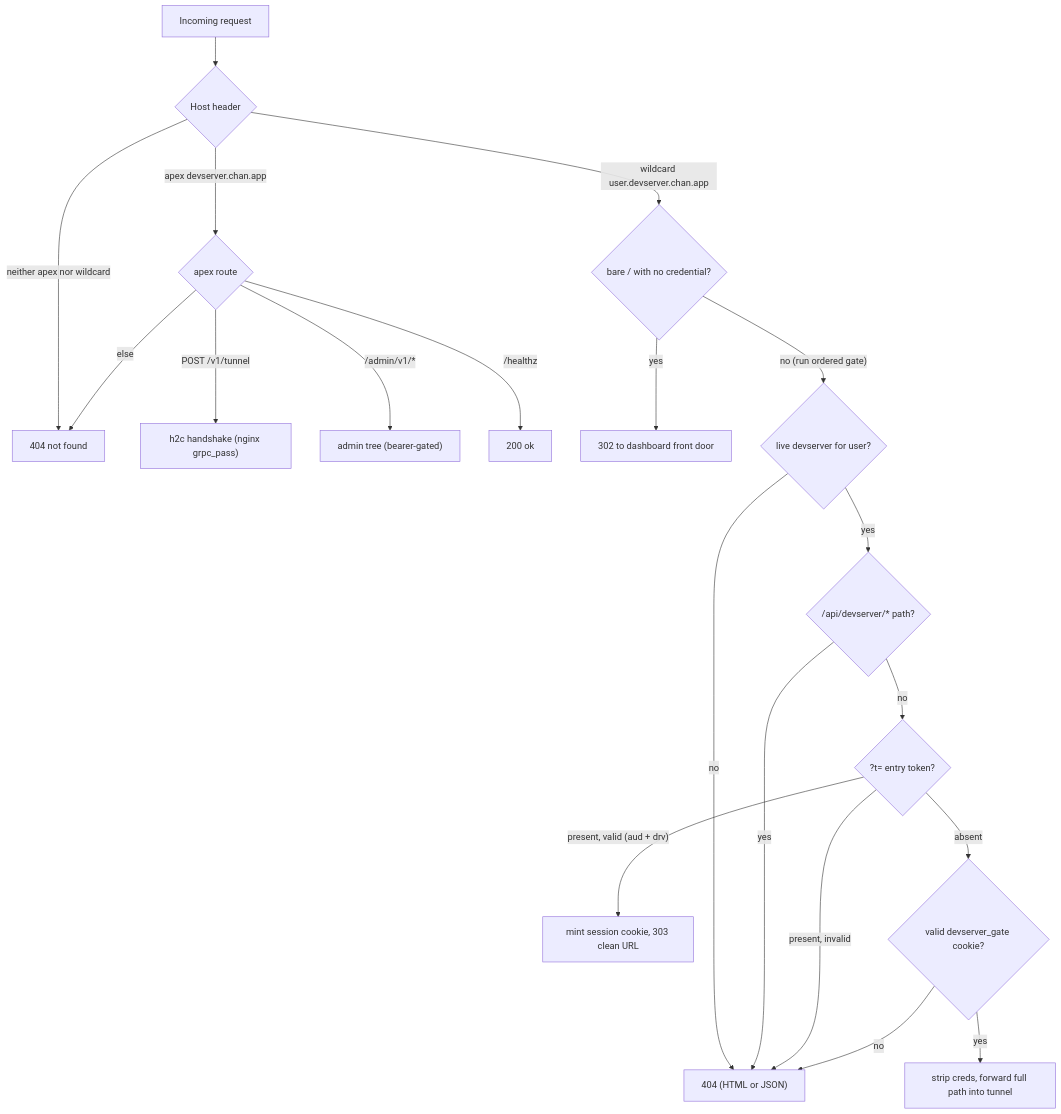
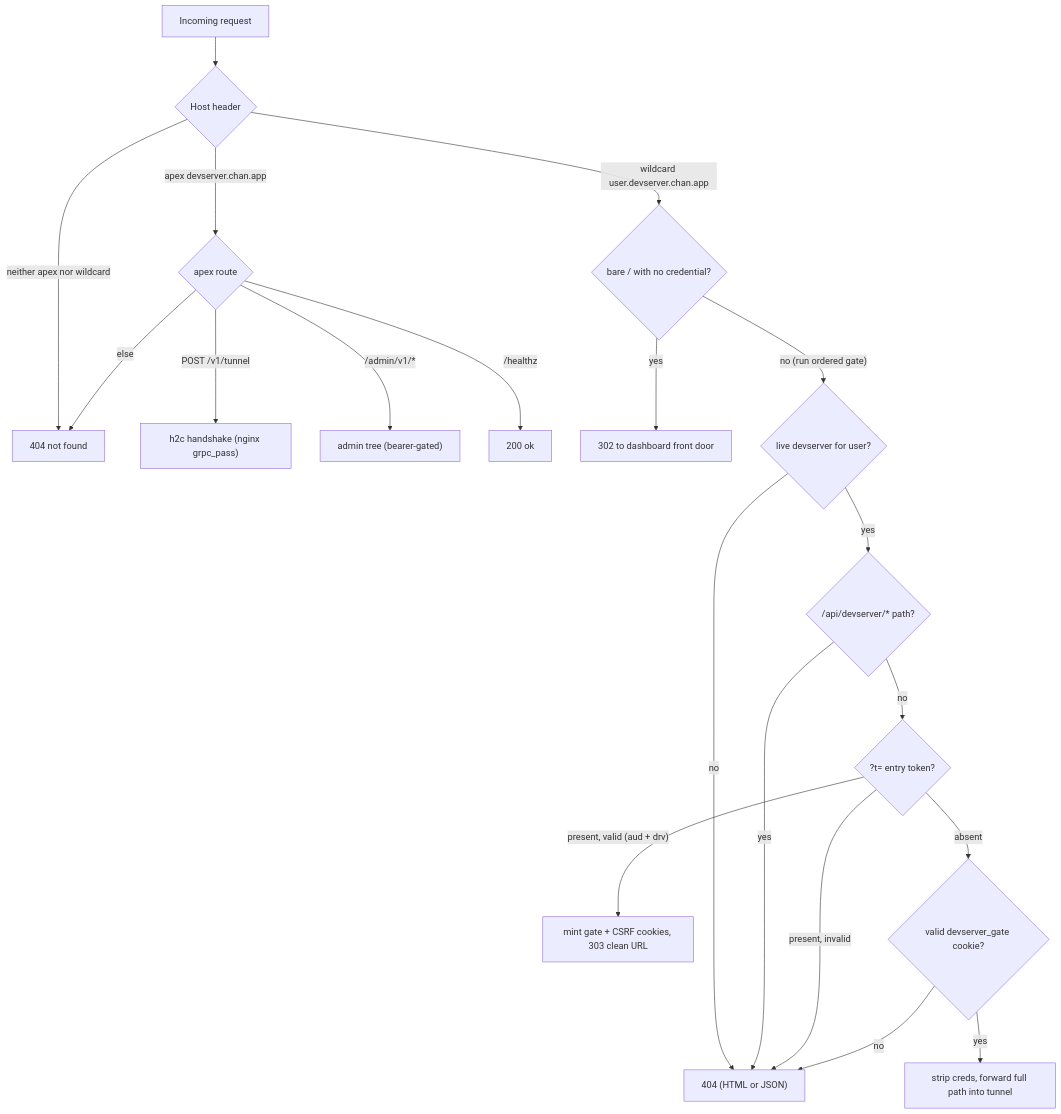
The first of 2 diagrams in gateway/crates/devserver-proxy/design.md (likewhatevs/chan), drawn with Mermaid before and after one commit. The commit also changed other lines of this file and 40 other files, not shown here.

````diff
--- a/gateway/crates/devserver-proxy/design.md
+++ b/gateway/crates/devserver-proxy/design.md
@@ -41,24 +41,24 @@
 ```mermaid
 flowchart TD
     Req["Incoming request"] --> Host{"Host header"}
     Host -->|"neither apex nor wildcard"| NFapex["404 not found"]
     Host -->|"apex devserver.chan.app"| Apex{"apex route"}
     Host -->|"wildcard user.devserver.chan.app"| Root{"bare / with no credential?"}
 
     Apex -->|"POST /v1/tunnel"| Tun["h2c handshake (nginx grpc_pass)"]
     Apex -->|"/admin/v1/*"| Adm["admin tree (bearer-gated)"]
     Apex -->|"/healthz"| Hz["200 ok"]
     Apex -->|"else"| NFapex
 
     Root -->|"yes"| Dash["302 to dashboard front door"]
     Root -->|"no (run ordered gate)"| Live{"live devserver for user?"}
     Live -->|"no"| NFgate["404 (HTML or JSON)"]
     Live -->|"yes"| Mgmt{"/api/devserver/* path?"}
     Mgmt -->|"yes"| NFgate
     Mgmt -->|"no"| Tparam{"?t= entry token?"}
-    Tparam -->|"present, valid (aud + drv)"| Mint["mint session cookie, 303 clean URL"]
+    Tparam -->|"present, valid (aud + drv)"| Mint["mint gate + CSRF cookies, 303 clean URL"]
     Tparam -->|"present, invalid"| NFgate
     Tparam -->|"absent"| Cookie{"valid devserver_gate cookie?"}
     Cookie -->|"yes"| Pass["strip creds, forward full path into tunnel"]
     Cookie -->|"no"| NFgate
 ```
````
